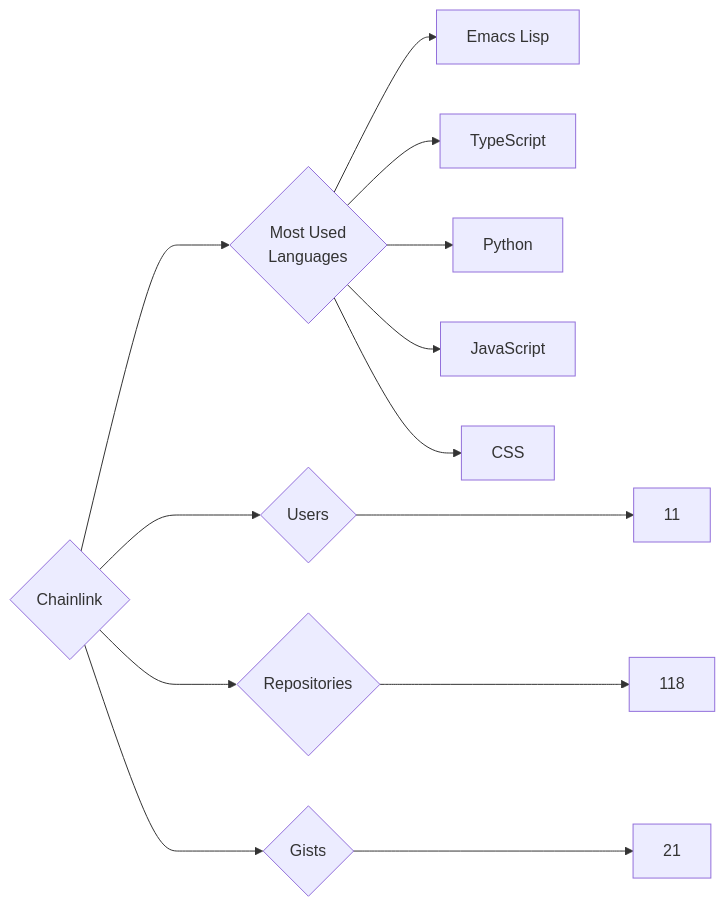
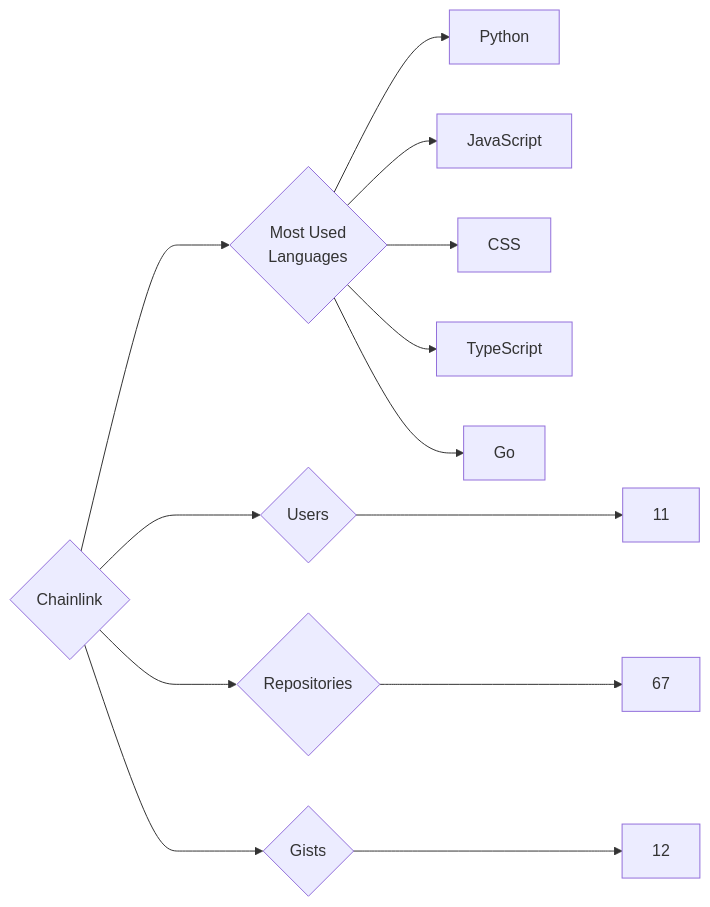
Before and after one commit to trickest/insiders: the diagram in targets/Chainlink/README.md, drawn with Mermaid. The commit also changed 933 other files, not shown here.

````diff
--- a/targets/Chainlink/README.md
+++ b/targets/Chainlink/README.md
@@ -3,13 +3,13 @@
 ```mermaid
 graph LR
 COMPANY_NAME{Chainlink}
 COMPANY_NAME ---> U{Users} ---> UN[11]
-COMPANY_NAME ---> R{Repositories} ---> RN[118]
-COMPANY_NAME ---> G{Gists} ---> GN[21]
+COMPANY_NAME ---> R{Repositories} ---> RN[67]
+COMPANY_NAME ---> G{Gists} ---> GN[12]
 COMPANY_NAME ---> ML{Most Used<br>Languages}
-ML --> Emacs_Lisp[Emacs Lisp]
-ML --> TypeScript[TypeScript]
 ML --> Python[Python]
 ML --> JavaScript[JavaScript]
 ML --> CSS[CSS]
+ML --> TypeScript[TypeScript]
+ML --> Go[Go]
 ```
````
